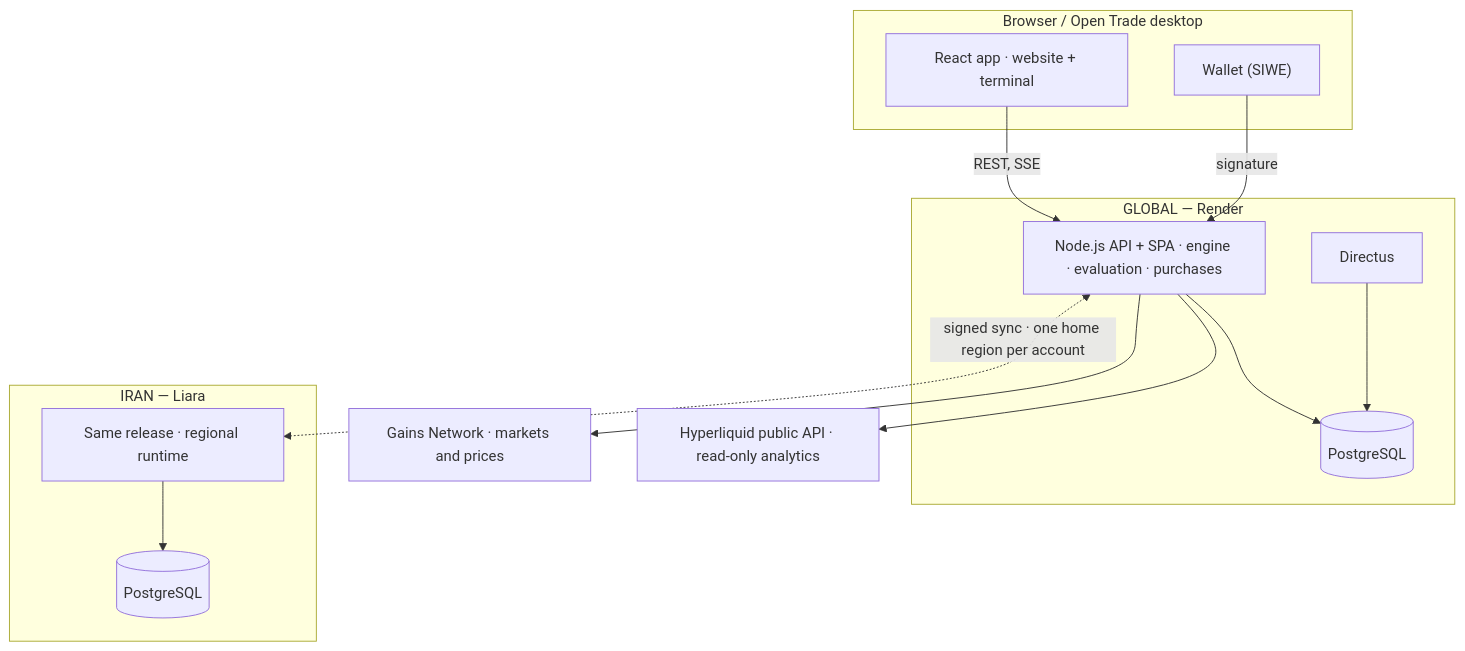
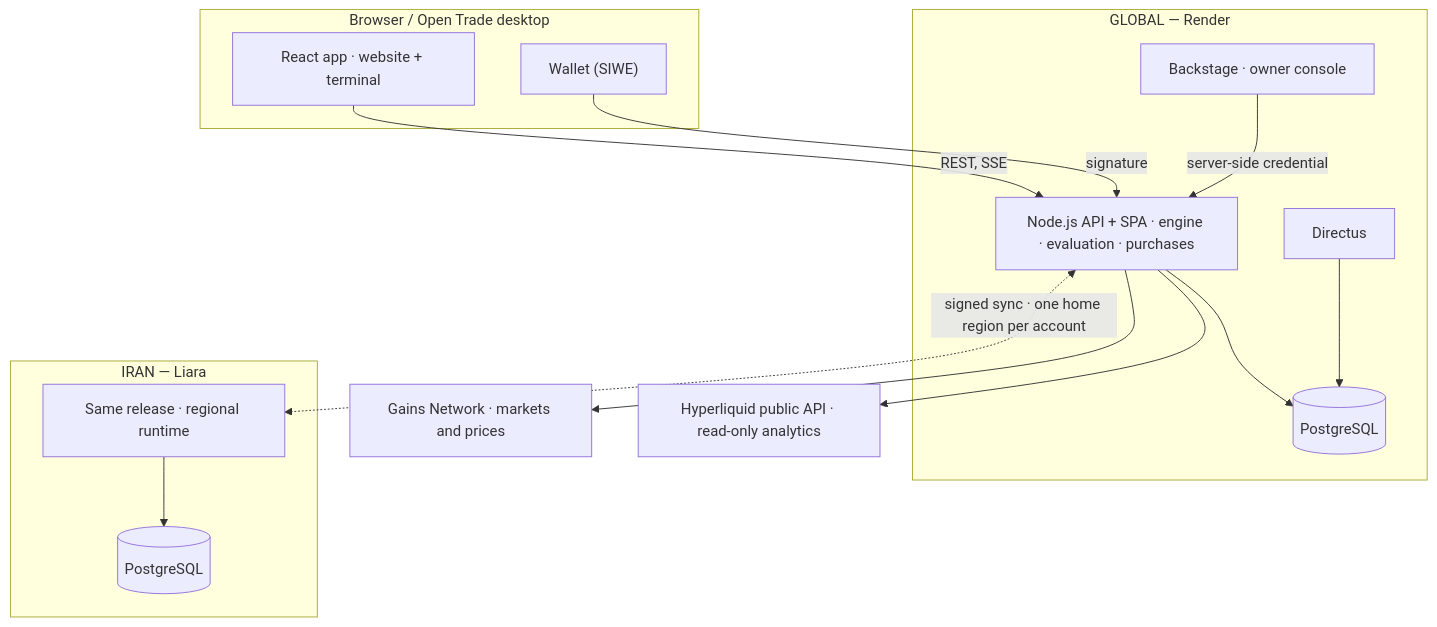
Before and after one commit to algomanlife/openfund: the diagram in README.md, drawn with Mermaid. The commit also changed other lines of this file and 78 other files, not shown here.

First line of the commit message:
docs(readme): complete graphical README built from data, with a merge rule

````diff
--- a/README.md
+++ b/README.md
@@ -135,26 +236,28 @@
 ```mermaid
 flowchart TB
   subgraph Client["Browser / Open Trade desktop"]
     Web["React app · website + terminal"]
     Wallet["Wallet (SIWE)"]
   end
   subgraph Global["GLOBAL — Render"]
     API["Node.js API + SPA · engine · evaluation · purchases"]
     CMS["Directus"]
     DB[("PostgreSQL")]
+    BS["Backstage · owner console"]
   end
   subgraph Iran["IRAN — Liara"]
     APIIR["Same release · regional runtime"]
     DBIR[("PostgreSQL")]
   end
   Gains["Gains Network · markets and prices"]
   HL["Hyperliquid public API · read-only analytics"]
   Web -->|REST, SSE| API
   Wallet -->|signature| API
+  BS -->|server-side credential| API
   API --> DB
   CMS --> DB
   API --> Gains
   API --> HL
   APIIR --> DBIR
   API <-.->|"signed sync · one home region per account"| APIIR
 ```
````
